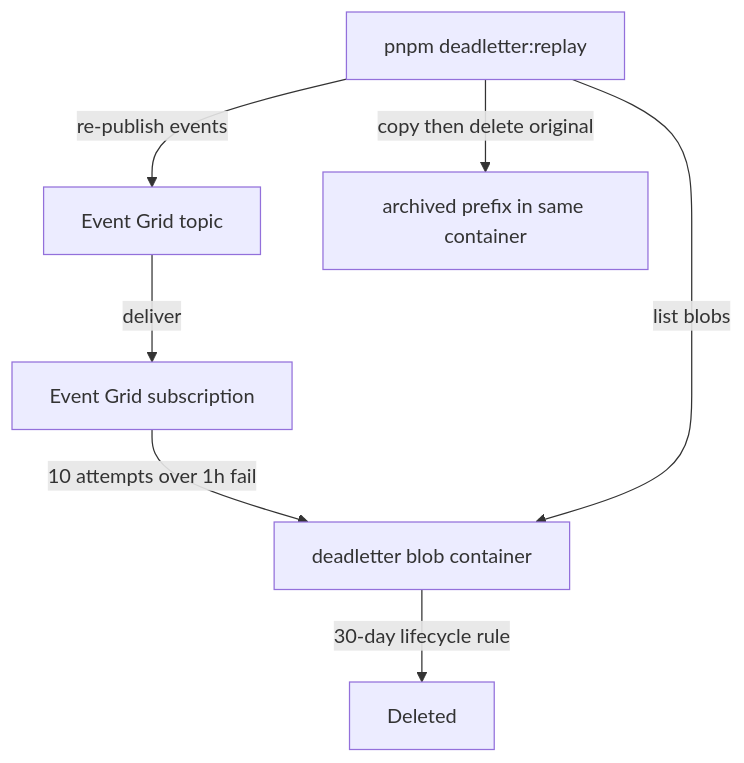
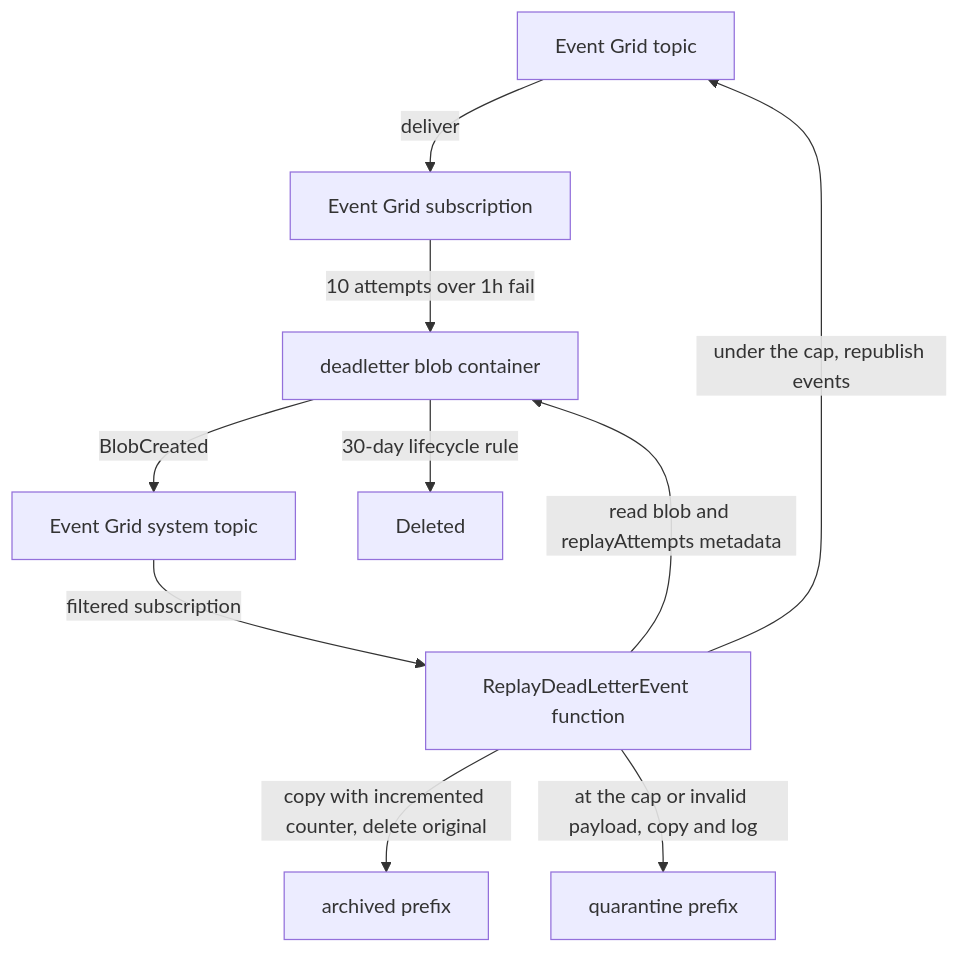
One commit to Esposter/Esposter changed the diagram in packages/app/content/docs/infra/eventgrid-dead-letter.md. Above: the diagram before and after it, drawn with Mermaid. The commit also changed other lines of this file and 21 other files, not shown here.

First line of the commit message:
feat(infra): automatic dead-letter replay with attempt cap and quarantine

````diff
--- a/packages/app/content/docs/infra/eventgrid-dead-letter.md
+++ b/packages/app/content/docs/infra/eventgrid-dead-letter.md
@@ -18,9 +24,12 @@
 ```mermaid
 flowchart TD
   topic[Event Grid topic] -->|deliver| sub[Event Grid subscription]
   sub -->|10 attempts over 1h fail| dead[deadletter blob container]
+  dead -->|BlobCreated| egst[Event Grid system topic]
+  egst -->|filtered subscription| fn[ReplayDeadLetterEvent function]
+  fn -->|read blob and replayAttempts metadata| dead
+  fn -->|under the cap, republish events| topic
+  fn -->|copy with incremented counter, delete original| archived[archived prefix]
+  fn -->|at the cap or invalid payload, copy and log| quarantine[quarantine prefix]
   dead -->|30-day lifecycle rule| gone[Deleted]
-  script[pnpm deadletter:replay] -->|list blobs| dead
-  script -->|re-publish events| topic
-  script -->|copy then delete original| archived[archived prefix in same container]
 ```
````
